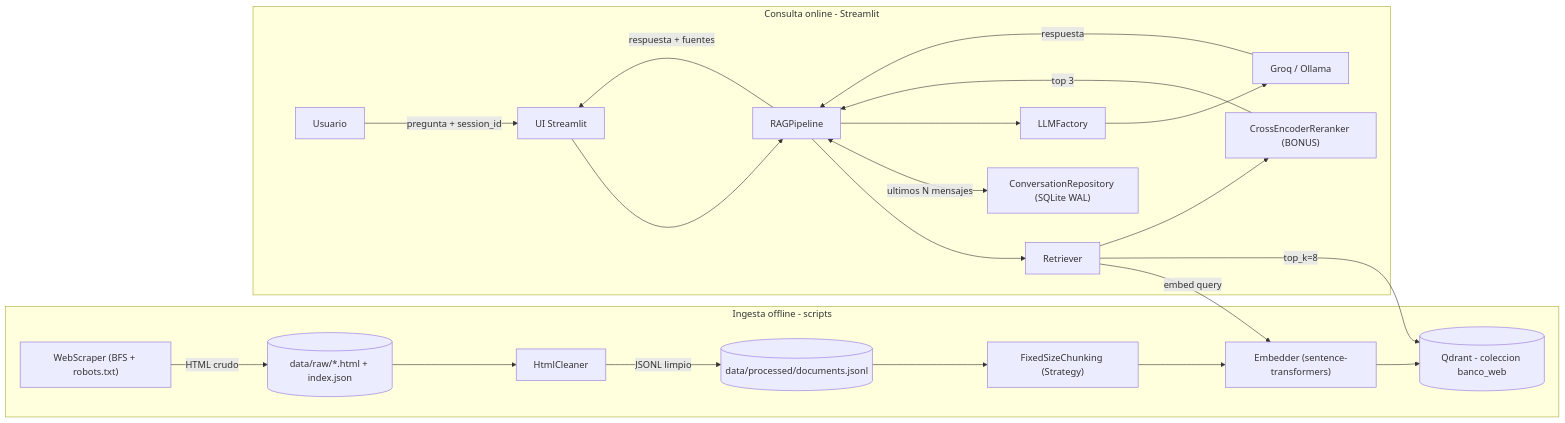
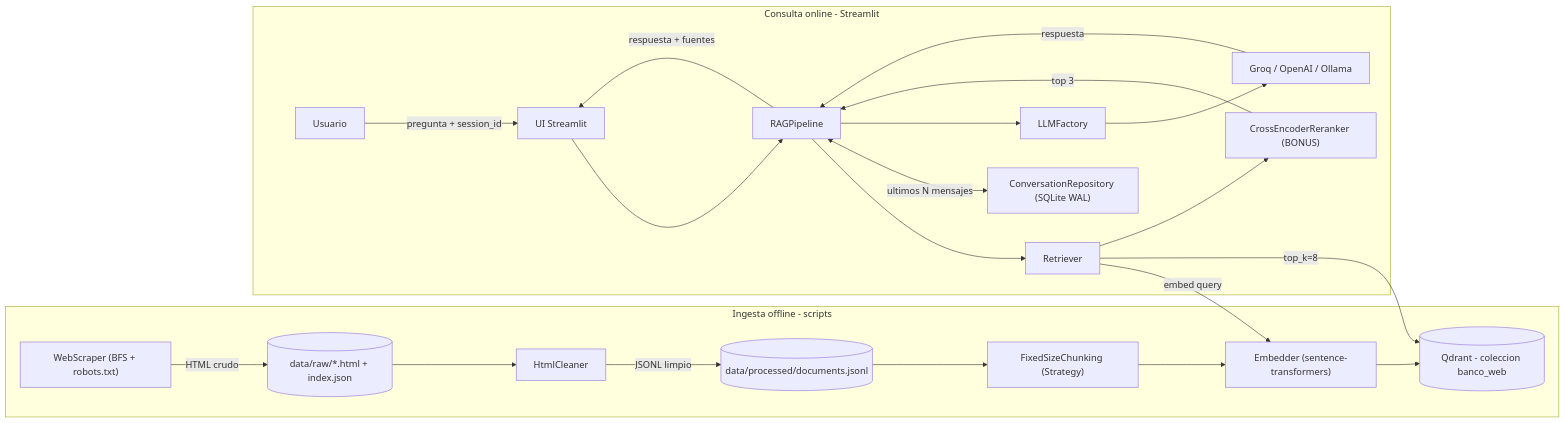
Before and after one commit to alejortizp/rag-banco: the diagram in README.md, drawn with Mermaid. The commit also changed other lines of this file and 5 other files, not shown here.

````diff
--- a/README.md
+++ b/README.md
@@ -27,26 +27,26 @@
 ```mermaid
 flowchart LR
     subgraph Ingesta["Ingesta offline - scripts"]
         A["WebScraper (BFS + robots.txt)"] -->|HTML crudo| B[("data/raw/*.html + index.json")]
         B --> C["HtmlCleaner"]
         C -->|JSONL limpio| D[("data/processed/documents.jsonl")]
         D --> E["FixedSizeChunking (Strategy)"]
         E --> F["Embedder (sentence-transformers)"]
         F --> G[("Qdrant - coleccion banco_web")]
     end
 
     subgraph Consulta["Consulta online - Streamlit"]
         H["Usuario"] -->|pregunta + session_id| I["UI Streamlit"]
         I --> J["RAGPipeline"]
         J --> K["Retriever"]
         K -->|embed query| F
         K -->|top_k=8| G
         K --> L["CrossEncoderReranker (BONUS)"]
         L -->|top 3| J
         J <-->|ultimos N mensajes| M["ConversationRepository (SQLite WAL)"]
         J --> N["LLMFactory"]
-        N --> O["Groq / Ollama"]
+        N --> O["Groq / OpenAI / Ollama"]
         O -->|respuesta| J
         J -->|respuesta + fuentes| I
     end
 ```
````
